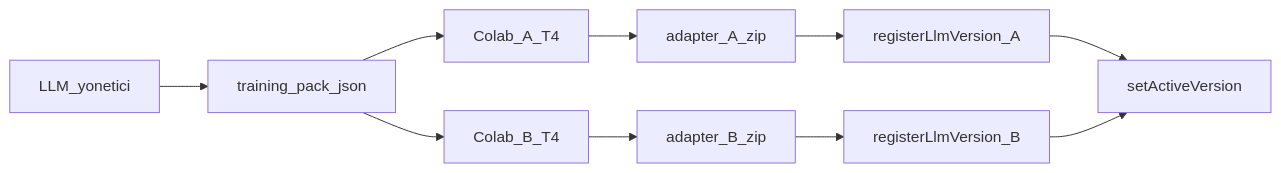
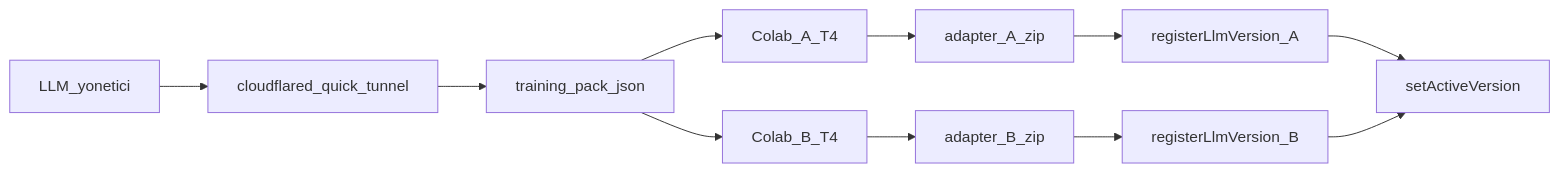
One commit to emrahyasinisik/Cherry changed the first of 2 diagrams in docs/colab.md. Above: the diagram before and after it, drawn with Mermaid. The commit also changed other lines of this file and 31 other files, not shown here.

First line of the commit message:
feat: add Cloudflare quick-tunnel bridge for Colab notebooks

````diff
--- a/docs/colab.md
+++ b/docs/colab.md
@@ -25,12 +25,13 @@
 ```mermaid
 flowchart LR
-  Studio[LLM_yonetici] --> Pack[training_pack_json]
+  Studio[LLM_yonetici] --> Tunnel[cloudflared_quick_tunnel]
+  Tunnel --> Pack[training_pack_json]
   Pack --> NbA[Colab_A_T4]
   Pack --> NbB[Colab_B_T4]
   NbA --> ZipA[adapter_A_zip]
   NbB --> ZipB[adapter_B_zip]
   ZipA --> VerA[registerLlmVersion_A]
   ZipB --> VerB[registerLlmVersion_B]
   VerA --> Pointer[setActiveVersion]
   VerB --> Pointer
 ```
````
